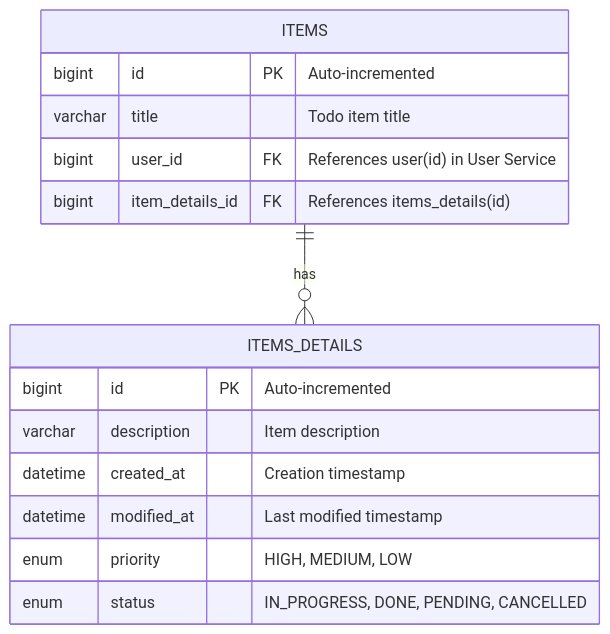
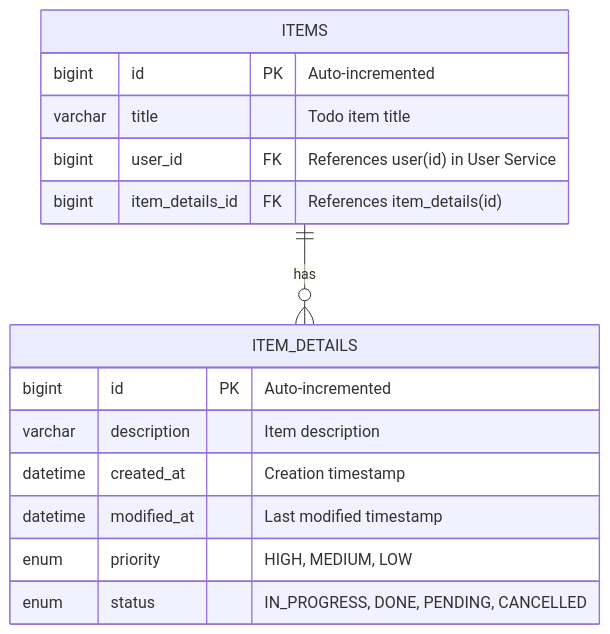
The diagram in README.md (Super-TODO/Todo-Service), drawn with Mermaid before and after one commit.

````diff
--- a/README.md
+++ b/README.md
@@ -6,21 +6,21 @@
 ```mermaid
 erDiagram
-    ITEMS ||--o{ ITEMS_DETAILS : has
+    ITEMS ||--o{ ITEM_DETAILS : has
 
     ITEMS {
         bigint id PK "Auto-incremented"
         varchar title "Todo item title"
         bigint user_id FK "References user(id) in User Service"
-        bigint item_details_id FK "References items_details(id)"
+        bigint item_details_id FK "References item_details(id)"
     }
 
-    ITEMS_DETAILS {
+    ITEM_DETAILS {
         bigint id PK "Auto-incremented"
         varchar description "Item description"
         datetime created_at "Creation timestamp"
         datetime modified_at "Last modified timestamp"
         enum priority "HIGH, MEDIUM, LOW"
         enum status "IN_PROGRESS, DONE, PENDING, CANCELLED"
     }
 
 ```
````
